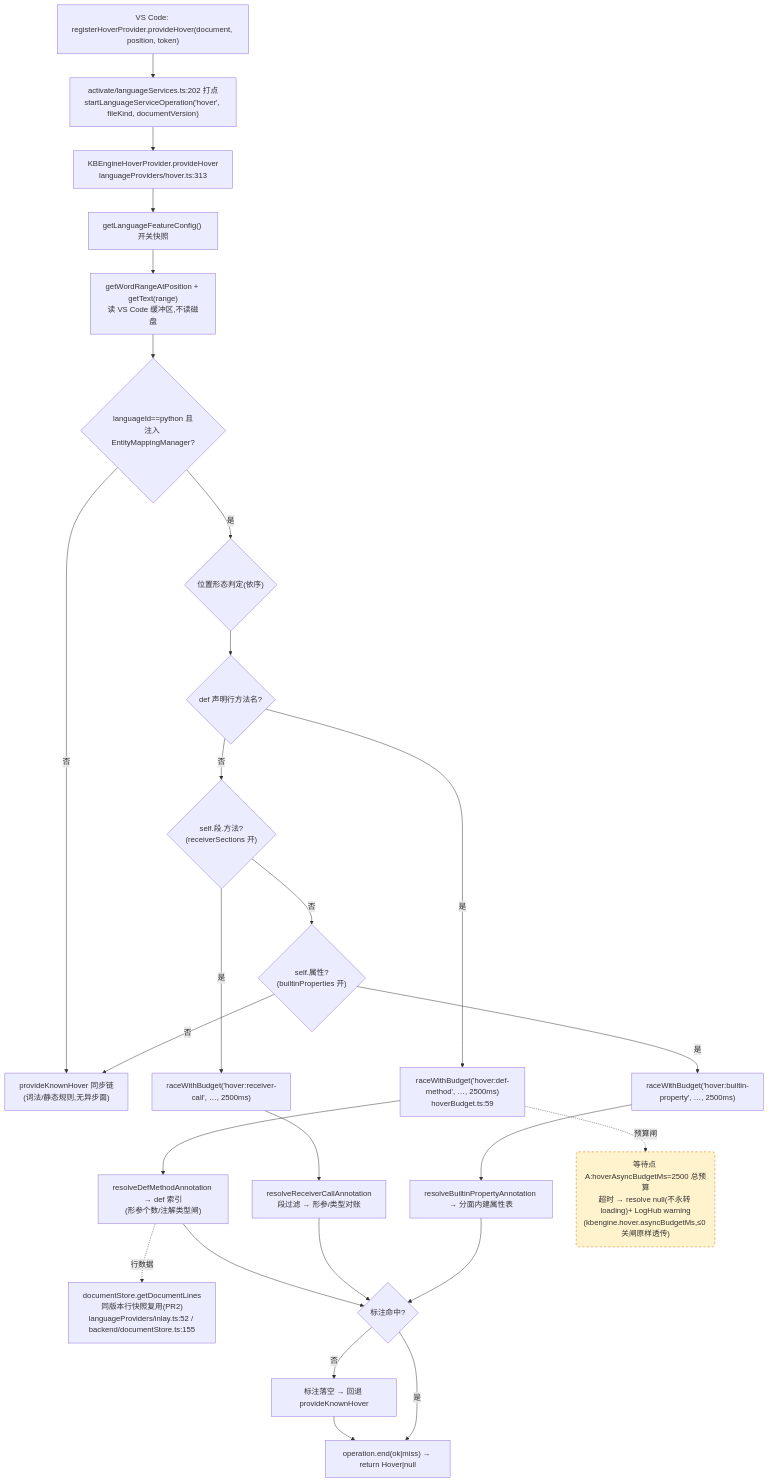
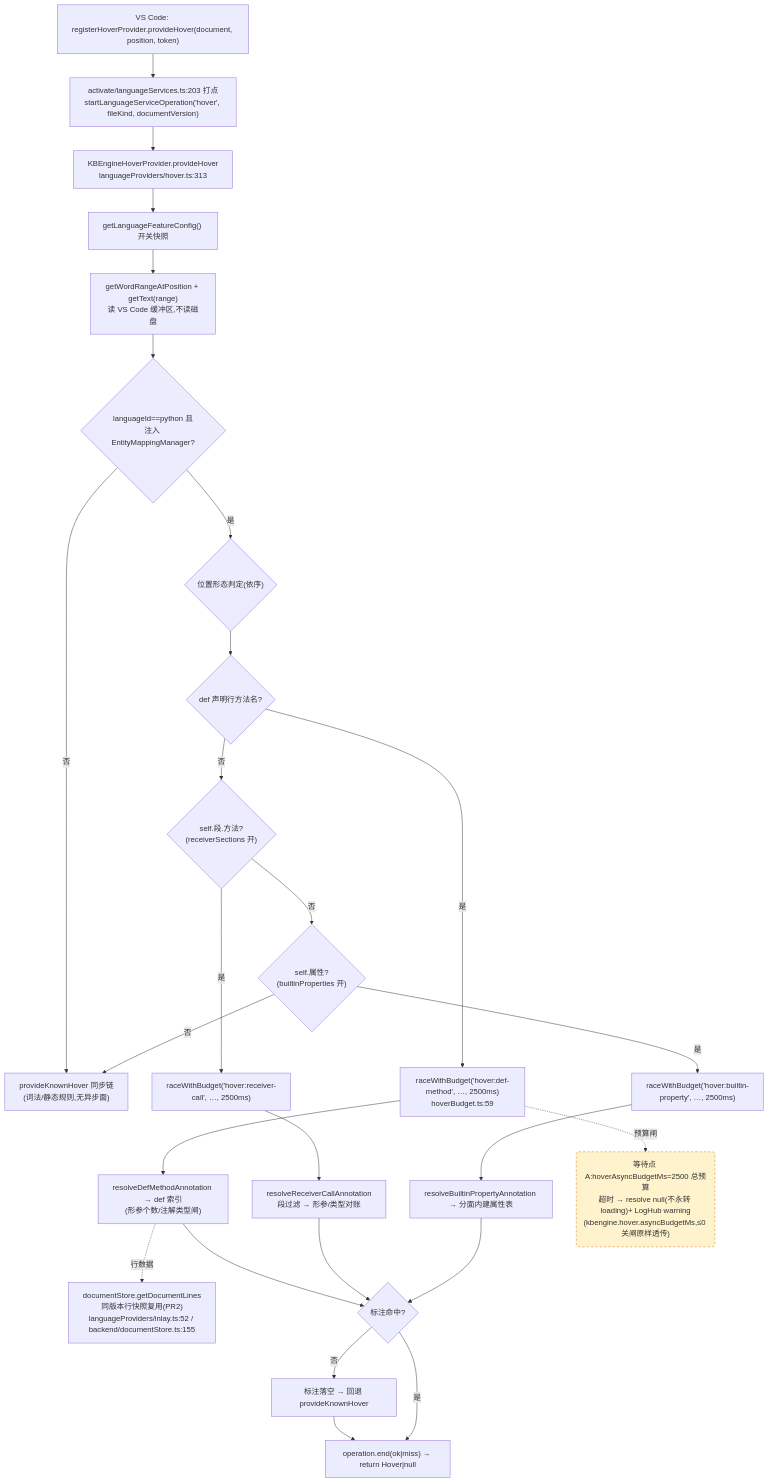
The first of 4 diagrams in docs/perf/2026-baseline.md (cuihairu/kode), drawn with Mermaid before and after one commit. The commit also changed other lines of this file and 16 other files, not shown here.

````diff
--- a/docs/perf/2026-baseline.md
+++ b/docs/perf/2026-baseline.md
@@ -88,45 +88,45 @@
 ```mermaid
 flowchart TD
   VC1["VS Code: registerHoverProvider.provideHover(document, position, token)"]
-  M1["activate/languageServices.ts:202 打点<br/>startLanguageServiceOperation('hover', fileKind, documentVersion)"]
+  M1["activate/languageServices.ts:203 打点<br/>startLanguageServiceOperation('hover', fileKind, documentVersion)"]
   HP["KBEngineHoverProvider.provideHover<br/>languageProviders/hover.ts:313"]
   CFG["getLanguageFeatureConfig() 开关快照"]
   WORD["getWordRangeAtPosition + getText(range)<br/>读 VS Code 缓冲区,不读磁盘"]
   BR{"languageId==python 且<br/>注入 EntityMappingManager?"}
   KN["provideKnownHover 同步链<br/>(词法/静态规则,无异步面)"]
   POS{"位置形态判定(依序)"}
   D1{"def 声明行方法名?"}
   D2{"self.段.方法?<br/>(receiverSections 开)"}
   D3{"self.属性?<br/>(builtinProperties 开)"}
   RA1["raceWithBudget('hover:def-method', …, 2500ms)<br/>hoverBudget.ts:59"]
   RA2["raceWithBudget('hover:receiver-call', …, 2500ms)"]
   RA3["raceWithBudget('hover:builtin-property', …, 2500ms)"]
   RS1["resolveDefMethodAnnotation → def 索引<br/>(形参个数/注解类型闸)"]
   RS2["resolveReceiverCallAnnotation<br/>段过滤 → 形参/类型对账"]
   RS3["resolveBuiltinPropertyAnnotation → 分面内建属性表"]
   LINES["documentStore.getDocumentLines<br/>同版本行快照复用(PR2)<br/>languageProviders/inlay.ts:52 / backend/documentStore.ts:155"]
   MISS["标注落空 → 回退 provideKnownHover"]
   END1["operation.end(ok|miss) → return Hover|null"]
 
   VC1 --> M1 --> HP --> CFG --> WORD --> BR
   BR -- "否" --> KN
   BR -- "是" --> POS --> D1
   D1 -- "是" --> RA1 --> RS1
   D1 -- "否" --> D2
   D2 -- "是" --> RA2 --> RS2
   D2 -- "否" --> D3
   D3 -- "是" --> RA3 --> RS3
   D3 -- "否" --> KN
   RS1 --> HIT{"标注命中?"}
   RS2 --> HIT
   RS3 --> HIT
   RS1 -.->|行数据| LINES
   HIT -- "否" --> MISS --> END1
   HIT -- "是" --> END1
 
   WAITA("等待点 A:hoverAsyncBudgetMs=2500 总预算<br/>超时 → resolve null(不永转 loading)+ LogHub warning<br/>(kbengine.hover.asyncBudgetMs,≤0 关闸原样透传)")
   RA1 -.->|预算闸| WAITA
 
   classDef waitPoint fill:#fff3cd,stroke:#d97706,stroke-dasharray:5 4;
   class WAITA waitPoint;
 ```
````
